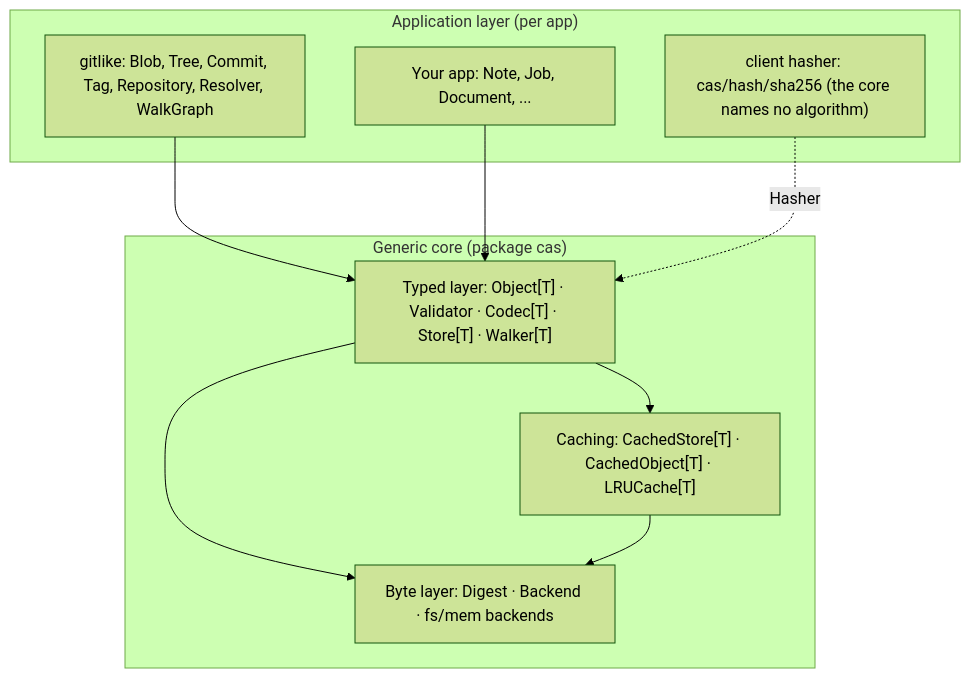
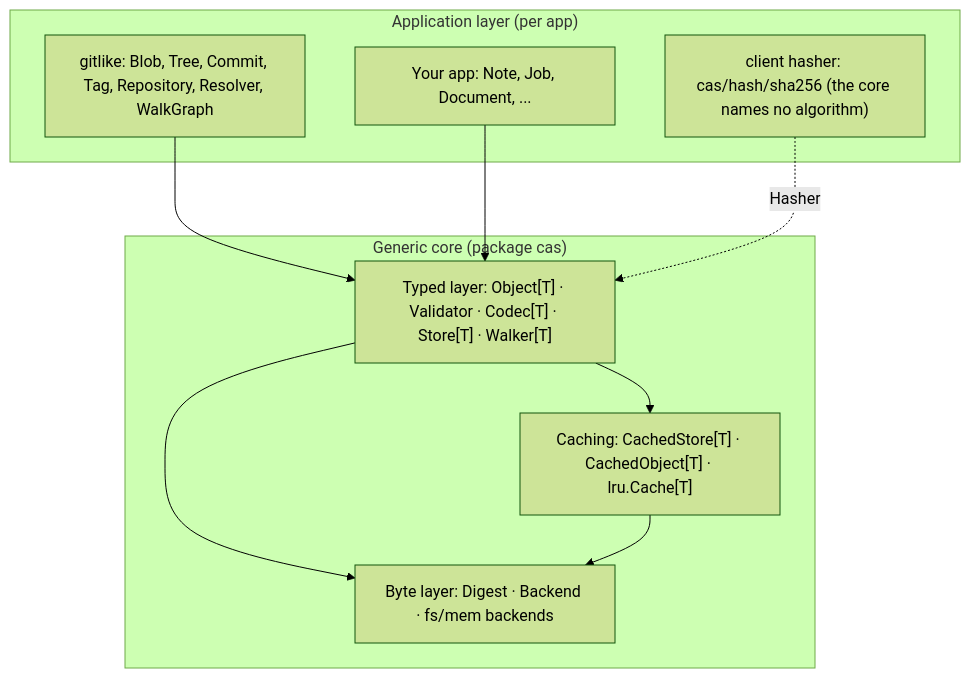
The diagram in AGENTS.md (dmundt/go-cask), drawn with Mermaid (forest theme) before and after one commit. The commit also changed other lines of this file and 24 other files, not shown here.

````diff
--- a/AGENTS.md
+++ b/AGENTS.md
@@ -184,19 +184,19 @@
 ```mermaid
 flowchart TB
     subgraph APP["Application layer (per app)"]
         APP1["gitlike: Blob, Tree, Commit, Tag, Repository, Resolver, WalkGraph"]
         APP2["Your app: Note, Job, Document, ..."]
         HASH["client hasher: cas/hash/sha256 (the core names no algorithm)"]
     end
     subgraph CORE["Generic core (package cas)"]
         TYPED["Typed layer: Object[T] · Validator · Codec[T] · Store[T] · Walker[T]"]
-        CACHE["Caching: CachedStore[T] · CachedObject[T] · LRUCache[T]"]
+        CACHE["Caching: CachedStore[T] · CachedObject[T] · lru.Cache[T]"]
         BYTE["Byte layer: Digest · Backend · fs/mem backends"]
     end
     APP1 --> TYPED
     APP2 --> TYPED
     HASH -. "Hasher" .-> TYPED
     TYPED --> CACHE
     TYPED --> BYTE
     CACHE --> BYTE
 ```
````
